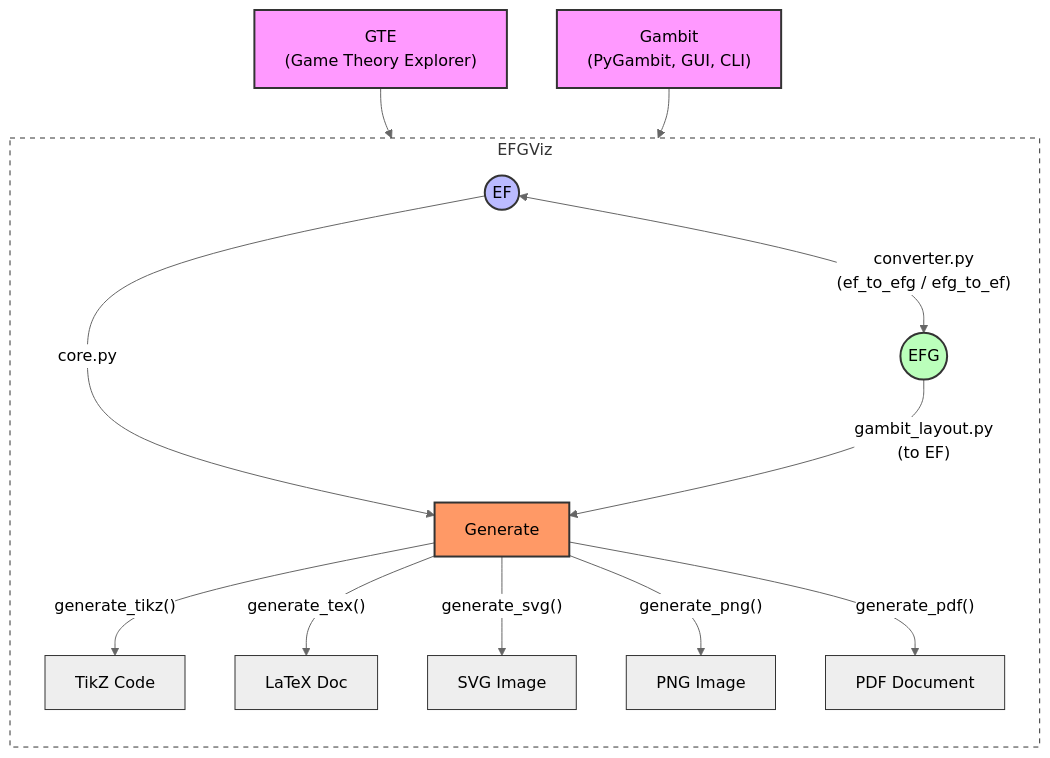
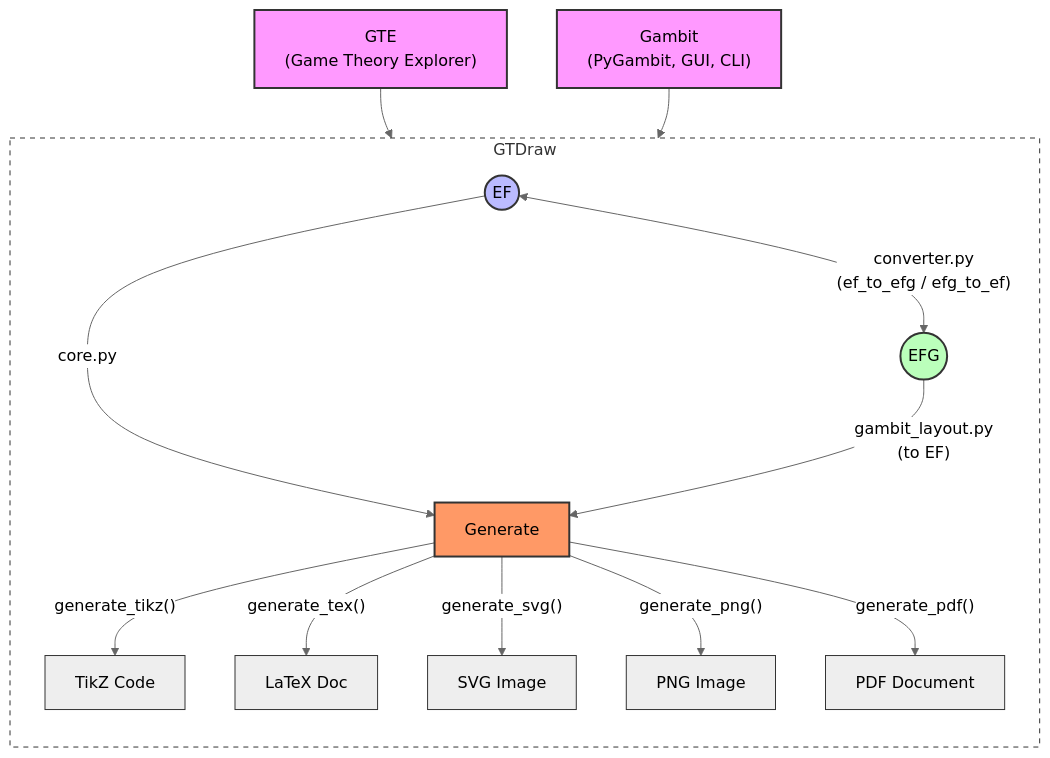
The diagram in docs/creating_games.md (gambitproject/gtdraw), drawn with Mermaid (neutral theme) before and after one commit. The commit also changed other lines of this file and 20 other files, not shown here.

Commit message:
chore: rename project from EFGViz to GTDraw throughout documentation, config, and scripts

````diff
--- a/docs/creating_games.md
+++ b/docs/creating_games.md
@@ -12,37 +12,37 @@
 ```{mermaid}
 flowchart TD
     %% Source Inputs
     GTE["GTE <br/> (Game Theory Explorer)"] --> EF((EF))
     Gambit["Gambit <br/> (PyGambit, GUI, CLI)"] --> EFG((EFG))
 
-    subgraph EFGViz
+    subgraph GTDraw
         direction TB
         
         %% Conversion Layer
         EF <--> |"converter.py <br/> (ef_to_efg / efg_to_ef)"| EFG
         
         %% Processing Layer
         EF --> |"core.py"| Gen[Generate]
         EFG --> |"gambit_layout.py <br/> (to EF)"| Gen
         
         %% Output Layer
         Gen --> |"generate_tikz()"| TikZ[TikZ Code]
         Gen --> |"generate_tex()"| TeX[LaTeX Doc]
         Gen --> |"generate_svg()"| SVG[SVG Image]
         Gen --> |"generate_png()"| PNG[PNG Image]
         Gen --> |"generate_pdf()"| PDF[PDF Document]
     end
 
     %% Styling
     style GTE fill:#f9f,stroke:#333,stroke-width:2px
     style Gambit fill:#f9f,stroke:#333,stroke-width:2px
     style EF fill:#bbf,stroke:#333,stroke-width:2px
     style EFG fill:#bfb,stroke:#333,stroke-width:2px
     style Gen fill:#f96,stroke:#333,stroke-width:2px
-    style EFGViz fill:#fff,stroke:#333,stroke-dasharray: 5 5
+    style GTDraw fill:#fff,stroke:#333,stroke-dasharray: 5 5
     style TikZ fill:#eee,stroke:#333
     style TeX fill:#eee,stroke:#333
     style SVG fill:#eee,stroke:#333
     style PNG fill:#eee,stroke:#333
     style PDF fill:#eee,stroke:#333
 ```
````
